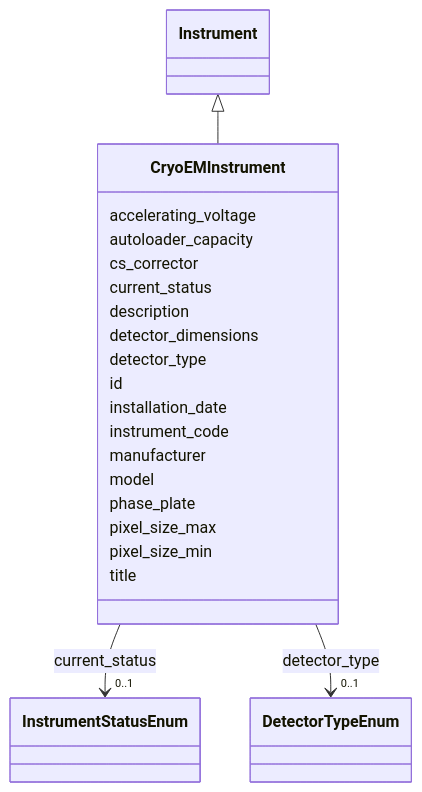
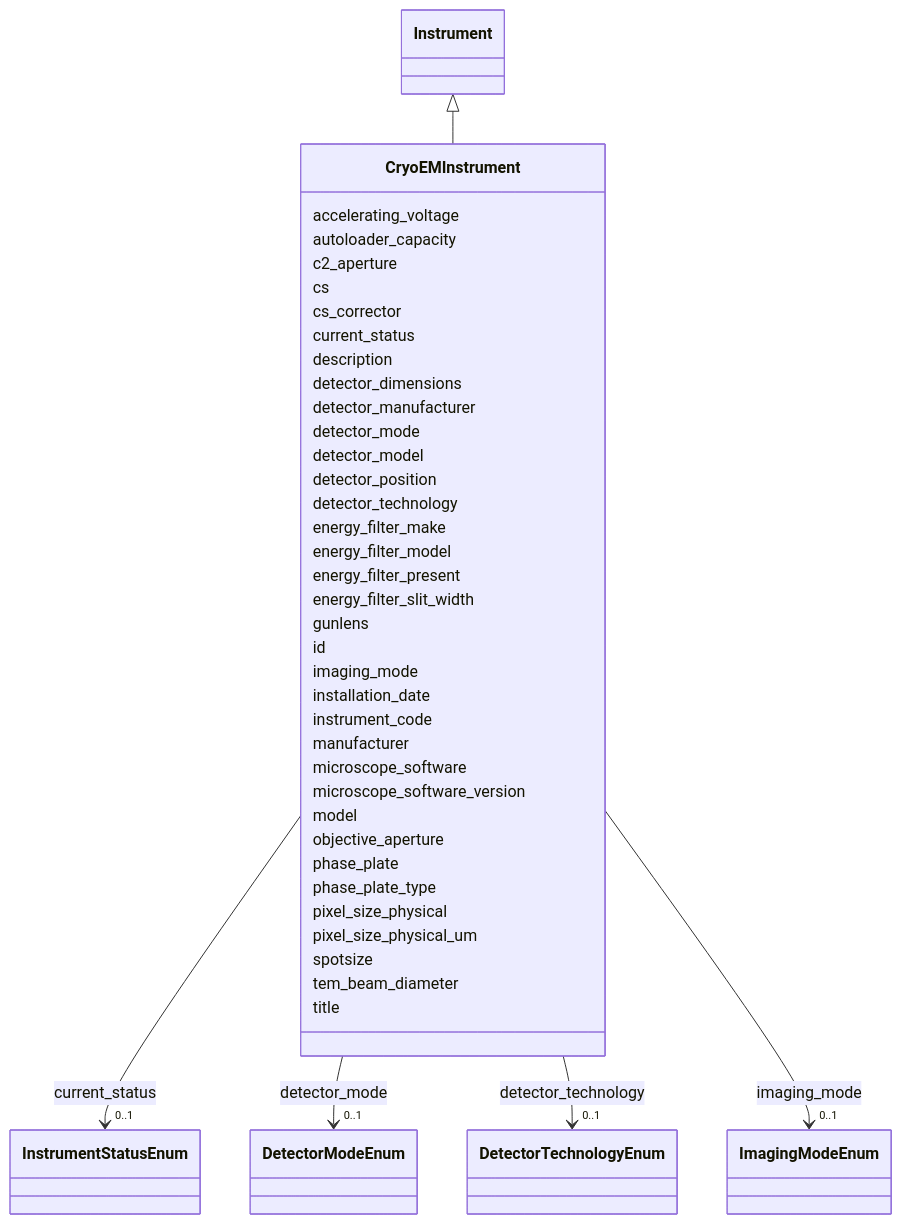
One commit to lambda-ber/lambda-ber-schema changed the diagram in docs/CryoEMInstrument.md. Above: the diagram before and after it, drawn with Mermaid. The commit also changed other lines of this file and 278 other files, not shown here.

```diff
--- a/docs/CryoEMInstrument.md
+++ b/docs/CryoEMInstrument.md
@@ -25,6 +25,10 @@
       CryoEMInstrument : accelerating_voltage
         
       CryoEMInstrument : autoloader_capacity
+        
+      CryoEMInstrument : c2_aperture
+        
+      CryoEMInstrument : cs
         
       CryoEMInstrument : cs_corrector
         
@@ -43,18 +47,56 @@
         
       CryoEMInstrument : detector_dimensions
         
-      CryoEMInstrument : detector_type
+      CryoEMInstrument : detector_manufacturer
+        
+      CryoEMInstrument : detector_mode
         
           
     
         
         
-        CryoEMInstrument --> "0..1" DetectorTypeEnum : detector_type
-        click DetectorTypeEnum href "../DetectorTypeEnum/"
+        CryoEMInstrument --> "0..1" DetectorModeEnum : detector_mode
+        click DetectorModeEnum href "../DetectorModeEnum/"
     
 
         
+      CryoEMInstrument : detector_model
+        
+      CryoEMInstrument : detector_position
+        
+      CryoEMInstrument : detector_technology
+        
+          
+    
+        
+        
+        CryoEMInstrument --> "0..1" DetectorTechnologyEnum : detector_technology
+        click DetectorTechnologyEnum href "../DetectorTechnologyEnum/"
+    
+
+        
+      CryoEMInstrument : energy_filter_make
+        
+      CryoEMInstrument : energy_filter_model
+        
+      CryoEMInstrument : energy_filter_present
+        
+      CryoEMInstrument : energy_filter_slit_width
+        
+      CryoEMInstrument : gunlens
+        
       CryoEMInstrument : id
+        
+      CryoEMInstrument : imaging_mode
+        
+          
+    
+        
+        
+        CryoEMInstrument --> "0..1" ImagingModeEnum : imaging_mode
+        click ImagingModeEnum href "../ImagingModeEnum/"
+    
+
         
       CryoEMInstrument : installation_date
         
@@ -62,13 +104,25 @@
         
       CryoEMInstrument : manufacturer
         
+      CryoEMInstrument : microscope_software
+        
+      CryoEMInstrument : microscope_software_version
+        
       CryoEMInstrument : model
+        
+      CryoEMInstrument : objective_aperture
         
       CryoEMInstrument : phase_plate
         
-      CryoEMInstrument : pixel_size_max
+      CryoEMInstrument : phase_plate_type
         
-      CryoEMInstrument : pixel_size_min
+      CryoEMInstrument : pixel_size_physical
+        
+      CryoEMInstrument : pixel_size_physical_um
+        
+      CryoEMInstrument : spotsize
+        
+      CryoEMInstrument : tem_beam_diameter
         
       CryoEMInstrument : title
         
```
